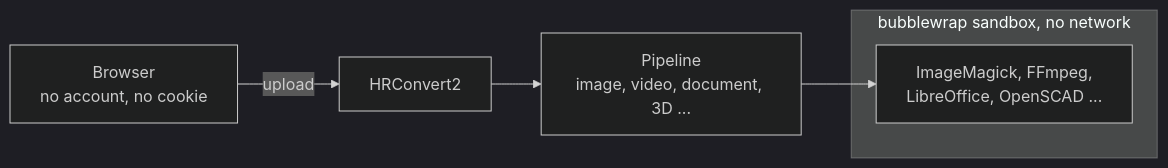
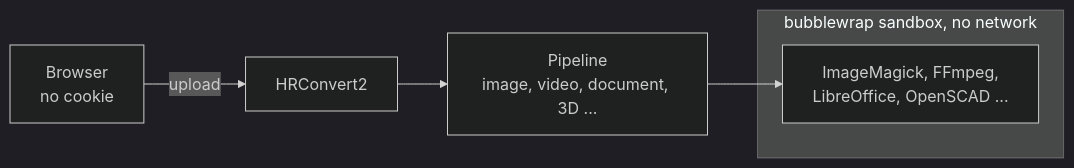
Before and after one commit to zelon88/HRConvert2: the first of 2 diagrams in README.md, drawn with Mermaid (dark theme). The commit also changed other lines of this file and 110 other files, not shown here.

````diff
--- a/README.md
+++ b/README.md
@@ -64,9 +65,9 @@
 ```mermaid
 flowchart LR
-    A["Browser<br/>no account, no cookie"] -->|upload| B["HRConvert2"]
+    A["Browser<br/>no cookie"] -->|upload| B["HRConvert2"]
     B --> C["Pipeline<br/>image, video, document, 3D ..."]
     C --> E
     subgraph S["bubblewrap sandbox, no network"]
         E["ImageMagick, FFmpeg,<br/>LibreOffice, OpenSCAD ..."]
     end
 ```
````
